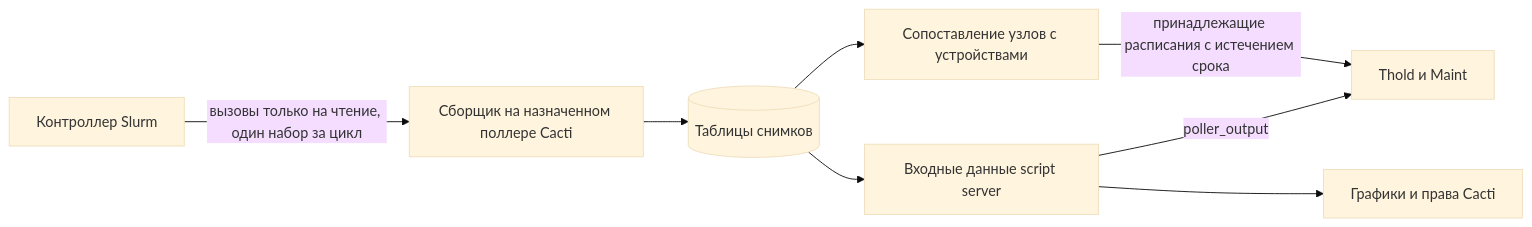
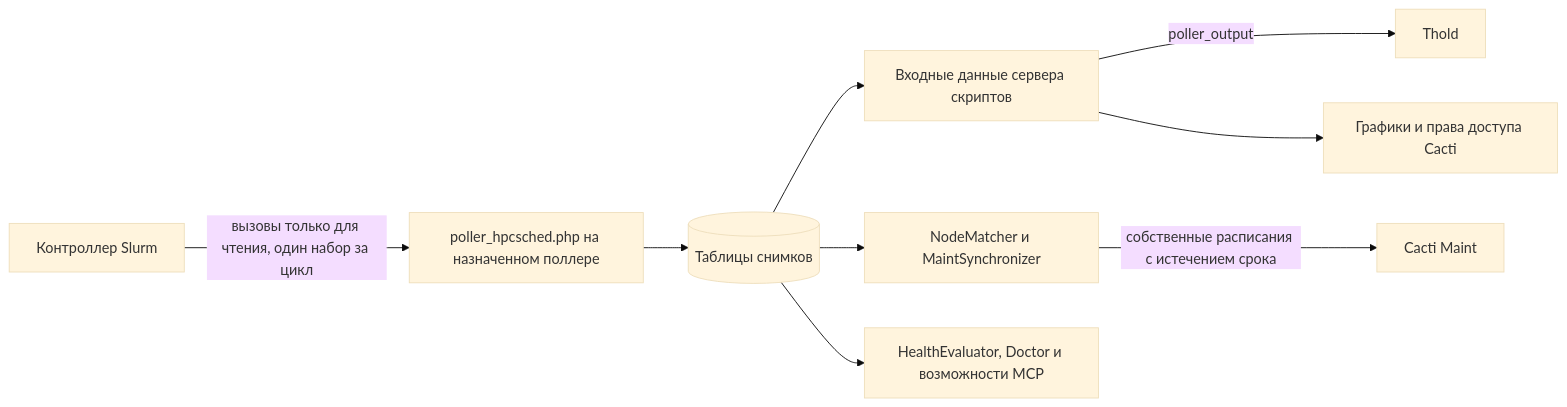
Before and after one commit to somethingwithproof/plugin_hpcsched: the diagram in docs/i18n/ru-RU/README.md, drawn with Mermaid (base theme). The commit also changed other lines of this file and 48 other files, not shown here.

````diff
--- a/docs/i18n/ru-RU/README.md
+++ b/docs/i18n/ru-RU/README.md
@@ -99,10 +163,11 @@
 ```mermaid
 flowchart LR
-    S[Контроллер Slurm] -->|вызовы только на чтение, один набор за цикл| R[Сборщик на назначенном поллере Cacti]
+    S[Контроллер Slurm] -->|вызовы только для чтения, один набор за цикл| R[poller_hpcsched.php на назначенном поллере]
     R --> SNAP[(Таблицы снимков)]
-    SNAP --> SS[Входные данные script server]
-    SS -->|poller_output| T[Thold и Maint]
-    SS --> G[Графики и права Cacti]
-    SNAP --> MAP[Сопоставление узлов с устройствами]
-    MAP -->|принадлежащие расписания с истечением срока| T
+    SNAP --> SS[Входные данные сервера скриптов]
+    SS -->|poller_output| T[Thold]
+    SS --> G[Графики и права доступа Cacti]
+    SNAP --> MAP[NodeMatcher и MaintSynchronizer]
+    MAP -->|собственные расписания с истечением срока| M[Cacti Maint]
+    SNAP --> H[HealthEvaluator, Doctor и возможности MCP]
 ```
````
